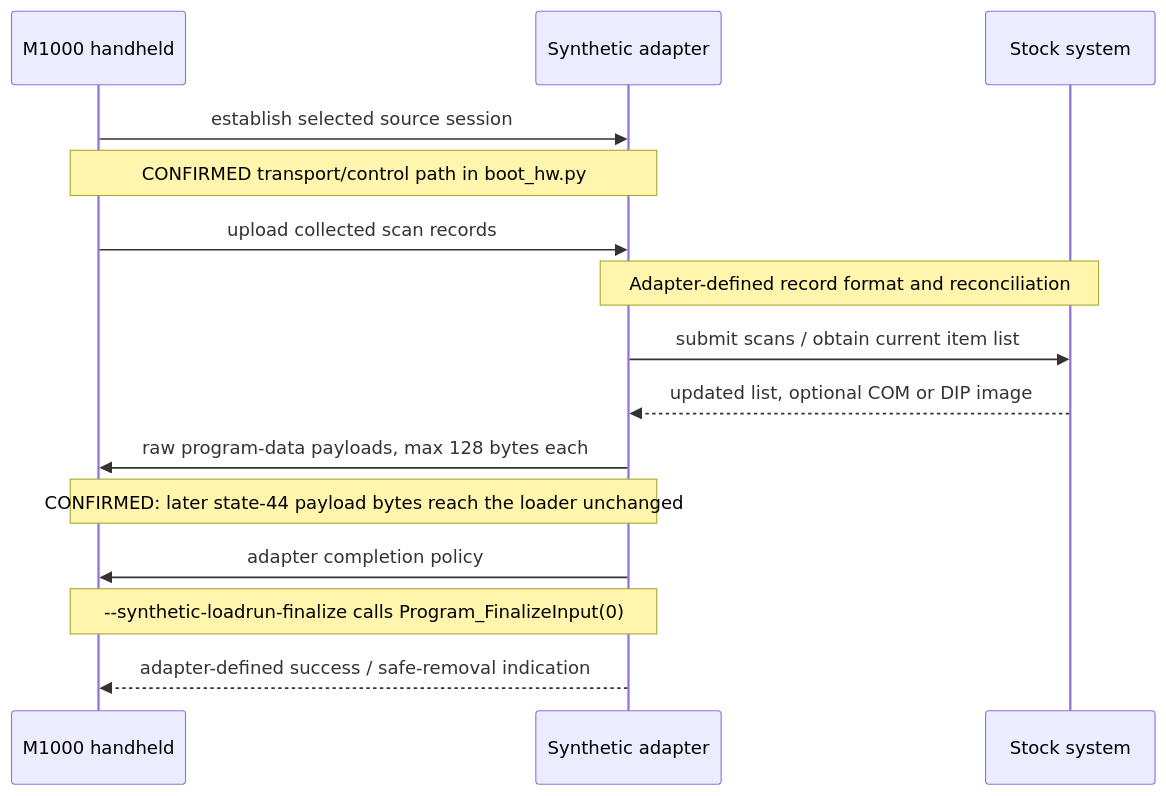
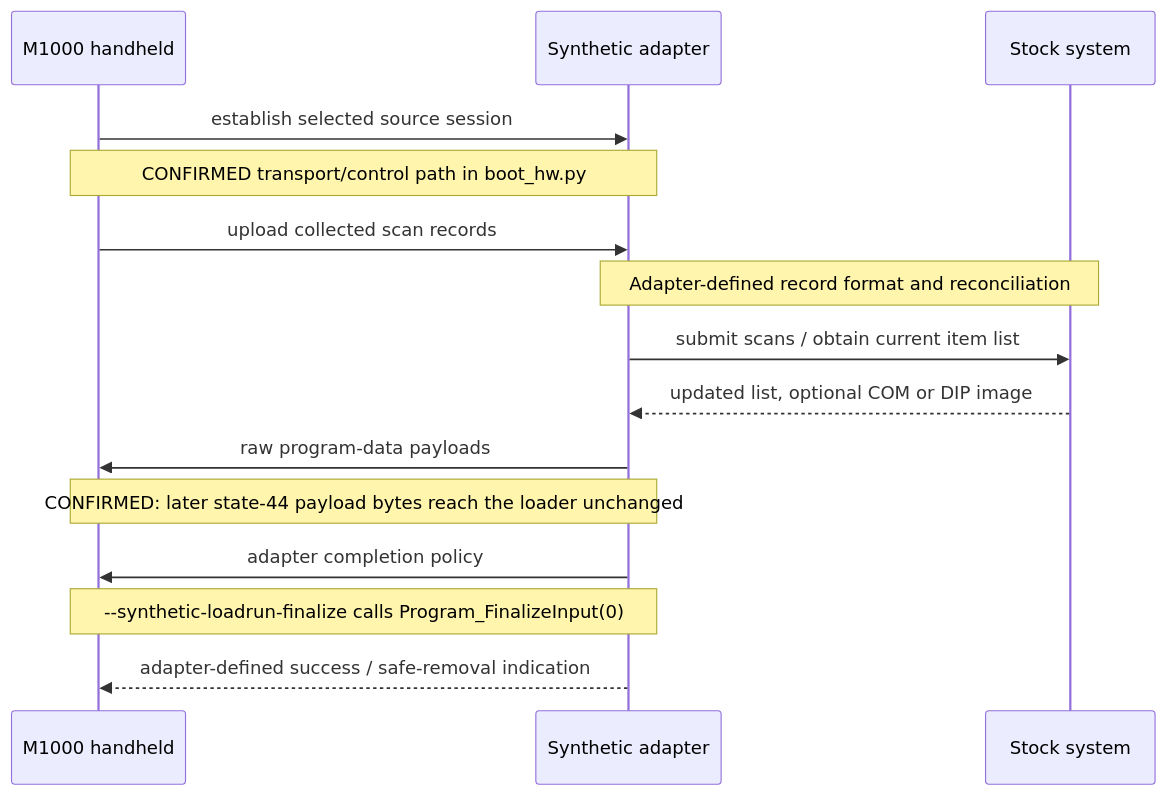
Before and after one commit to philpem/micronic1000: the second of 2 diagrams in doc/protocol/commstar.md, drawn with Mermaid. The commit also changed other lines of this file and 1 other file, not shown here.

````diff
--- a/doc/protocol/commstar.md
+++ b/doc/protocol/commstar.md
@@ -452,18 +463,18 @@
 ```mermaid
 sequenceDiagram
     participant H as M1000 handheld
     participant A as Synthetic adapter
     participant S as Stock system
 
     H->>A: establish selected source session
     Note over H,A: CONFIRMED transport/control path in boot_hw.py
     H->>A: upload collected scan records
     Note over A,S: Adapter-defined record format and reconciliation
     A->>S: submit scans / obtain current item list
     S-->>A: updated list, optional COM or DIP image
-    A->>H: raw program-data payloads, max 128 bytes each
+    A->>H: raw program-data payloads
     Note over A,H: CONFIRMED: later state-44 payload bytes reach the loader unchanged
     A->>H: adapter completion policy
     Note over A,H: --synthetic-loadrun-finalize calls Program_FinalizeInput(0)
     A-->>H: adapter-defined success / safe-removal indication
 ```
````
